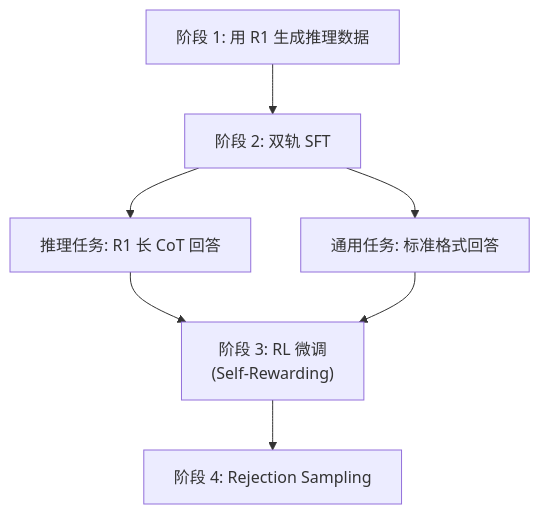
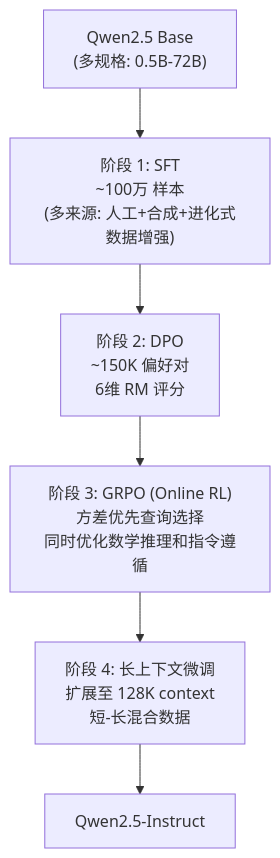
Before and after one commit to XavierZhang2002/agentic-rl-analysis: the fourth of 11 diagrams in docs/post-training/02-技术报告解读与训练经验.md, drawn with Mermaid. The commit also changed other lines of this file, not shown here.

First line of the commit message:
feat: 深度重写第二章 — 8节1127行，覆盖DeepSeek/Kimi/Qwen/MiniMax/GLM/Seed六大系列

````diff
--- a/docs/post-training/02-技术报告解读与训练经验.md
+++ b/docs/post-training/02-技术报告解读与训练经验.md
@@ -84,9 +380,8 @@
 ```mermaid
 flowchart TD
-    S1["阶段 1: 用 R1 生成推理数据"] --> S2["阶段 2: 双轨 SFT"]
-    S2 --> S2a["推理任务: R1 长 CoT 回答"]
-    S2 --> S2b["通用任务: 标准格式回答"]
-    S2a --> S3["阶段 3: RL 微调\n(Self-Rewarding)"]
-    S2b --> S3
-    S3 --> S4["阶段 4: Rejection Sampling"]
+    Base["Qwen2.5 Base\n(多规格: 0.5B-72B)"] --> S1["阶段 1: SFT\n~100万 样本\n(多来源: 人工+合成+进化式数据增强)"]
+    S1 --> S2["阶段 2: DPO\n~150K 偏好对\n6维 RM 评分"]
+    S2 --> S3["阶段 3: GRPO (Online RL)\n方差优先查询选择\n同时优化数学推理和指令遵循"]
+    S3 --> S4["阶段 4: 长上下文微调\n扩展至 128K context\n短-长混合数据"]
+    S4 --> Final["Qwen2.5-Instruct"]
 ```
````
